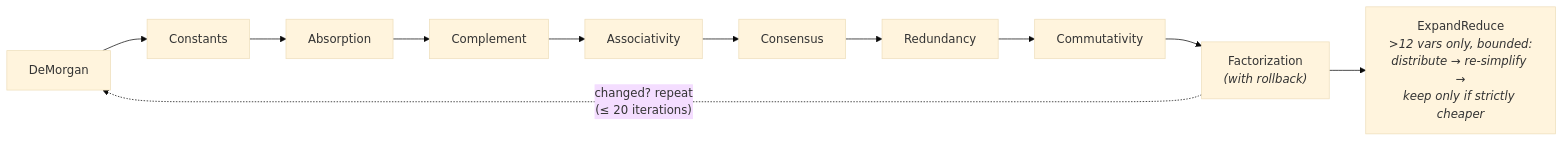
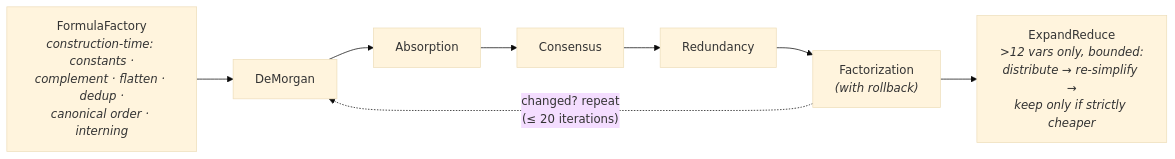
The third of 4 diagrams in README.md (AlexanderV/LogicalOptimizer), drawn with Mermaid (base theme) before and after one commit. The commit also changed other lines of this file and 122 other files, not shown here.

````diff
--- a/README.md
+++ b/README.md
@@ -404,7 +429,7 @@
 ```mermaid
 flowchart LR
-    DM[DeMorgan] --> C[Constants] --> A[Absorption] --> Cp[Complement] --> As[Associativity]
-    As --> Cn[Consensus] --> R[Redundancy] --> Cm[Commutativity] --> F["Factorization<br/><i>(with rollback)</i>"]
+    FF["FormulaFactory<br/><i>construction-time: constants ·<br/>complement · flatten · dedup ·<br/>canonical order · interning</i>"] --> DM
+    DM[DeMorgan] --> A[Absorption] --> Cn[Consensus] --> R[Redundancy] --> F["Factorization<br/><i>(with rollback)</i>"]
     F -. "changed? repeat<br/>(≤ 20 iterations)" .-> DM
     F --> ER["ExpandReduce<br/><i>>12 vars only, bounded:<br/>distribute → re-simplify →<br/>keep only if strictly cheaper</i>"]
 ```
````
